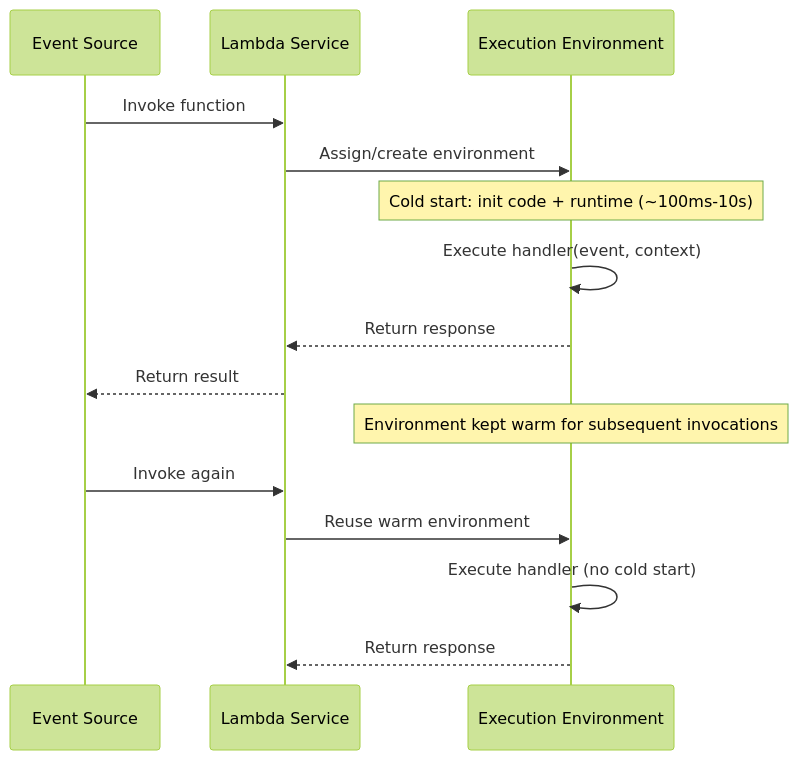
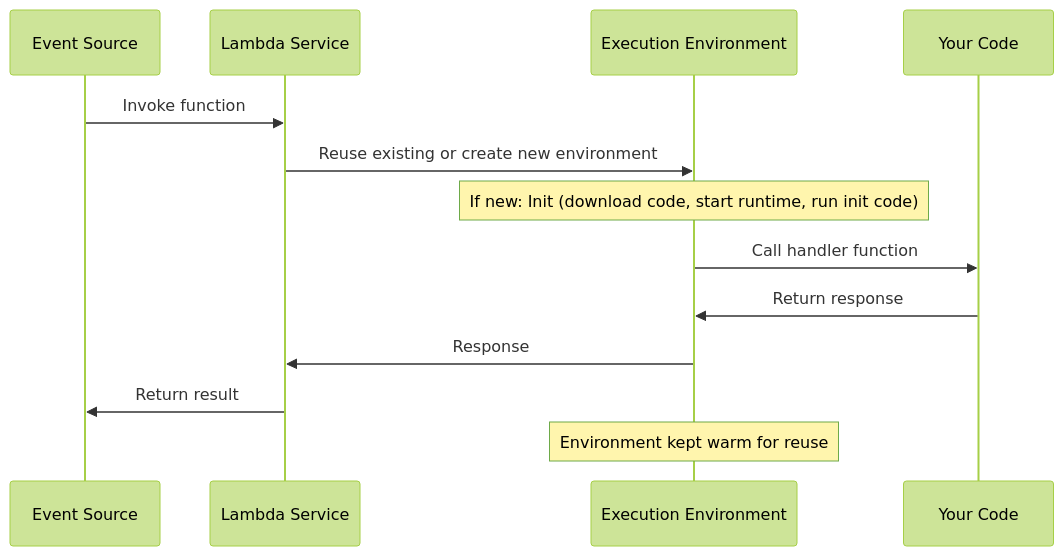
Before and after one commit to vanos001/placement_prep: the third of 13 diagrams in src/cloud/aws/lambda.md, drawn with Mermaid (forest theme). The commit also changed other lines of this file and 18 other files, not shown here.

````diff
--- a/src/cloud/aws/lambda.md
+++ b/src/cloud/aws/lambda.md
@@ -23,19 +79,17 @@
 ```mermaid
 sequenceDiagram
     participant Event as Event Source
     participant Lambda as Lambda Service
     participant Env as Execution Environment
+    participant Code as Your Code
 
     Event->>Lambda: Invoke function
-    Lambda->>Env: Assign/create environment
-    Note over Env: Cold start: init code + runtime (~100ms-10s)
-    Env->>Env: Execute handler(event, context)
-    Env-->>Lambda: Return response
-    Lambda-->>Event: Return result
+    Lambda->>Env: Reuse existing or create new environment
+    Note over Env: If new: Init (download code, start runtime, run init code)
+    Env->>Code: Call handler function
+    Code->>Env: Return response
+    Env->>Lambda: Response
+    Lambda->>Event: Return result
 
-    Note over Env: Environment kept warm for subsequent invocations
-    Event->>Lambda: Invoke again
-    Lambda->>Env: Reuse warm environment
-    Env->>Env: Execute handler (no cold start)
-    Env-->>Lambda: Return response
+    Note over Env: Environment kept warm for reuse
 ```
````
